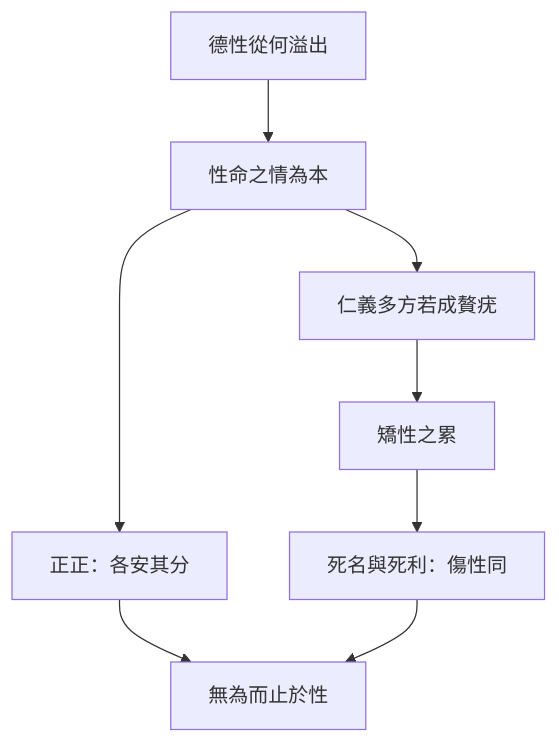
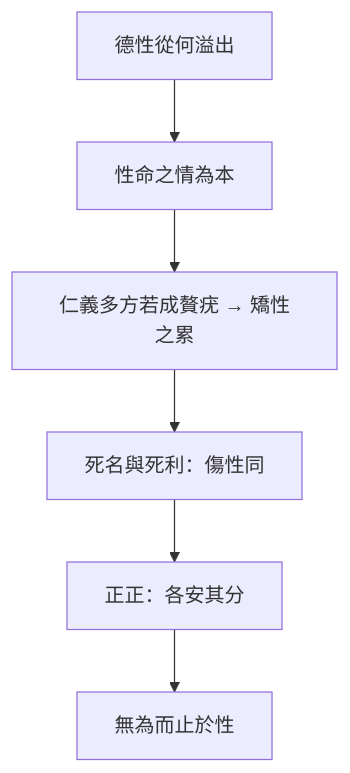
One commit to show0621/zhuangzi-atlas changed the diagram in content/chapters/02-外篇/08-駢拇.md. Above: the diagram before and after it, drawn with Mermaid. The commit also changed other lines of this file and 35 other files, not shown here.

First line of the commit message:
fix(print): 全書心智圖改單欄並獨頁放大

````diff
--- a/content/chapters/02-外篇/08-駢拇.md
+++ b/content/chapters/02-外篇/08-駢拇.md
@@ -243,10 +243,9 @@
 ```mermaid
 flowchart TB
-  Q[德性從何溢出] --> A[性命之情為本]
-  A --> B[仁義多方若成贅疣]
-  B --> C[矯性之累]
-  C --> D[死名與死利：傷性同]
-  A --> E[正正：各安其分]
-  E --> F[無為而止於性]
-  D --> F
+  Q["德性從何溢出"]
+  Q --> A["性命之情為本"]
+  A --> B["仁義多方若成贅疣 → 矯性之累"]
+  B --> D["死名與死利：傷性同"]
+  D --> E["正正：各安其分"]
+  E --> F["無為而止於性"]
 ```
````
